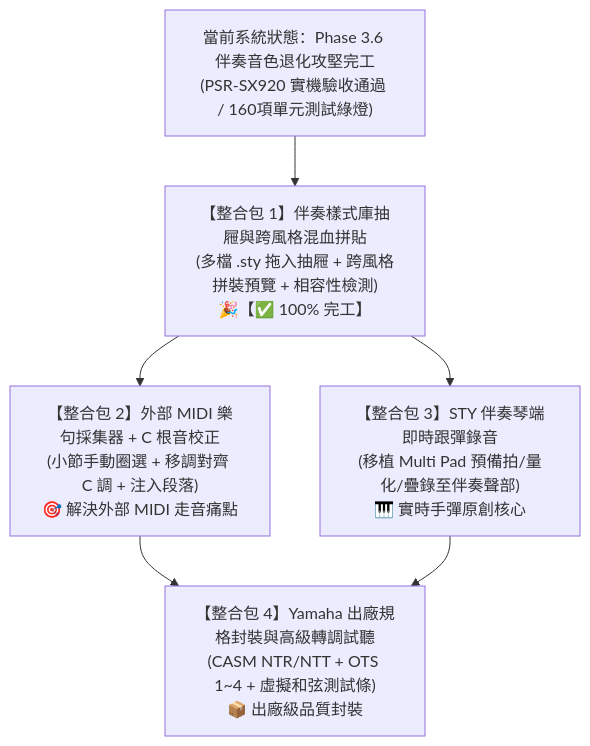
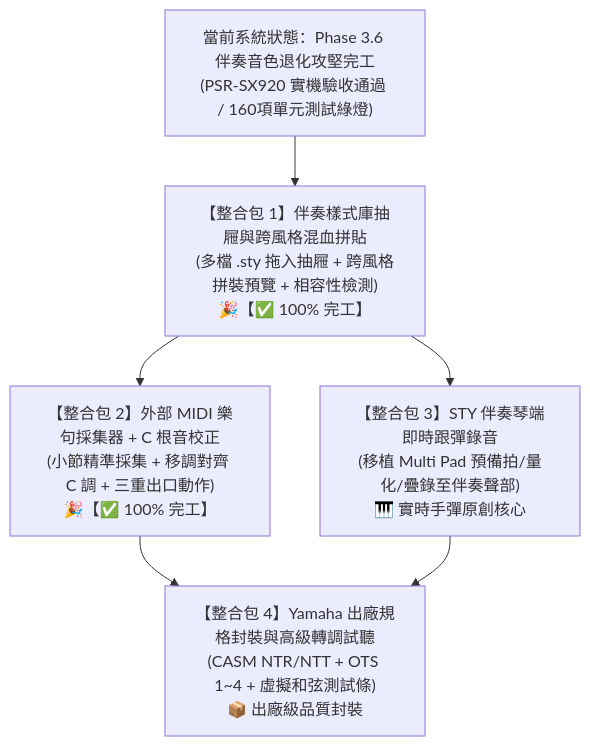
The diagram in PENDING_EXECUTION_PLANS.md (CMChen59/Yamaha-Midi-Edit), drawn with Mermaid before and after one commit. The commit also changed other lines of this file and 6 other files, not shown here.

````diff
--- a/PENDING_EXECUTION_PLANS.md
+++ b/PENDING_EXECUTION_PLANS.md
@@ -114,15 +119,15 @@
 ```mermaid
 flowchart TD
     Current["當前系統狀態：Phase 3.6 伴奏音色退化攻堅完工\n(PSR-SX920 實機驗收通過 / 160項單元測試綠燈)"]
 
     PKG1["【整合包 1】伴奏樣式庫抽屜與跨風格混血拼貼\n(多檔 .sty 拖入抽屜 + 跨風格拼裝預覽 + 相容性檢測)\n🎉【✅ 100% 完工】"]
-    PKG2["【整合包 2】外部 MIDI 樂句採集器 + C 根音校正\n(小節手動圈選 + 移調對齊 C 調 + 注入段落)\n🎯 解決外部 MIDI 走音痛點"]
+    PKG2["【整合包 2】外部 MIDI 樂句採集器 + C 根音校正\n(小節精準採集 + 移調對齊 C 調 + 三重出口動作)\n🎉【✅ 100% 完工】"]
     PKG3["【整合包 3】STY 伴奏琴端即時跟彈錄音\n(移植 Multi Pad 預備拍/量化/疊錄至伴奏聲部)\n🎹 實時手彈原創核心"]
     PKG4["【整合包 4】Yamaha 出廠規格封裝與高級轉調試聽\n(CASM NTR/NTT + OTS 1~4 + 虛擬和弦測試條)\n📦 出廠級品質封裝"]
 
     Current --> PKG1
     PKG1 --> PKG2
     PKG1 --> PKG3
     PKG2 --> PKG4
     PKG3 --> PKG4
 ```
````
